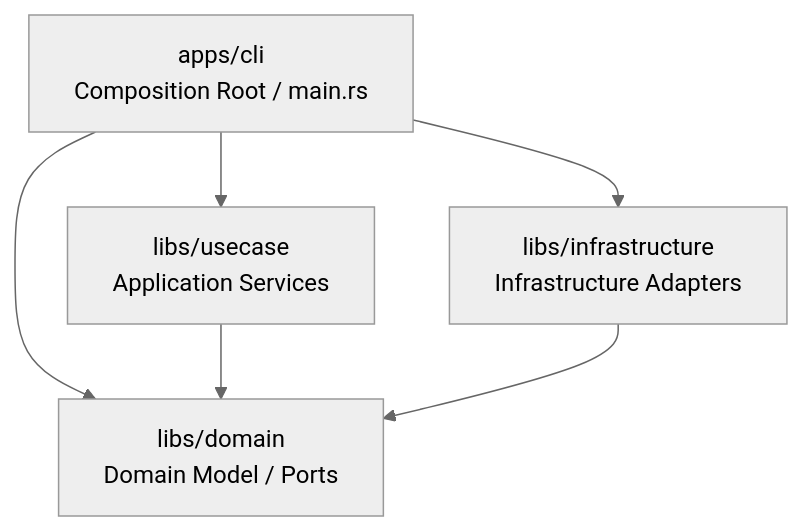
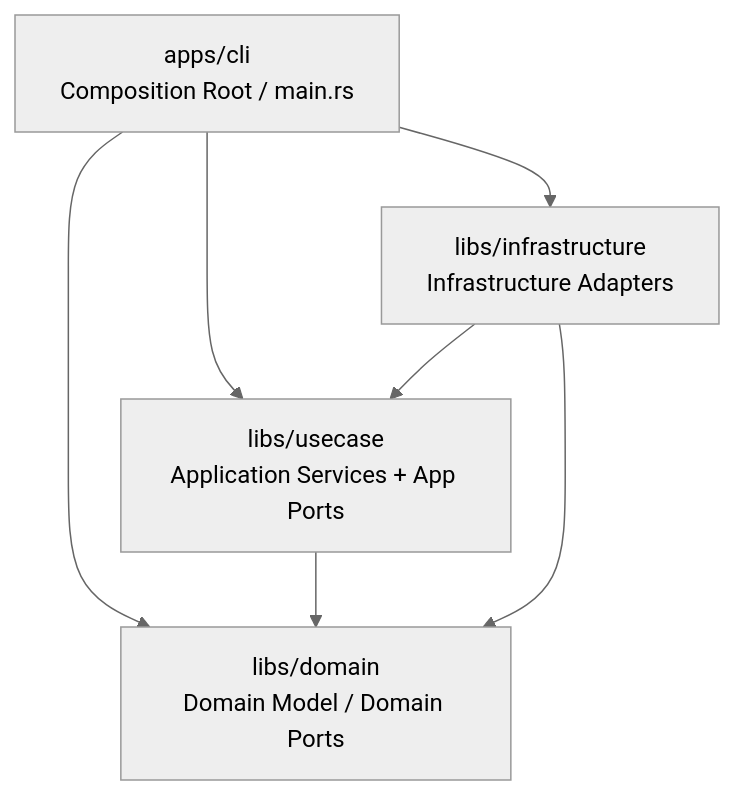
One commit to Flip451/SoTOHE-core changed the first of 5 diagrams in .claude/docs/DESIGN.md. Above: the diagram before and after it, drawn with Mermaid (neutral theme). The commit also changed 8 other files, not shown here.

Commit message:
plan: usecase-purity-ci (INF-15) planning artifacts + hexagonal architecture convention

````diff
--- a/.claude/docs/DESIGN.md
+++ b/.claude/docs/DESIGN.md
@@ -17,8 +17,9 @@
 ```mermaid
 flowchart TD
-    CLI[apps/cli<br>Composition Root / main.rs] --> Usecase[libs/usecase<br>Application Services]
+    CLI[apps/cli<br>Composition Root / main.rs] --> Usecase[libs/usecase<br>Application Services + App Ports]
     CLI --> Infra[libs/infrastructure<br>Infrastructure Adapters]
-    CLI --> Domain[libs/domain<br>Domain Model / Ports]
+    CLI --> Domain[libs/domain<br>Domain Model / Domain Ports]
     Usecase --> Domain
     Infra --> Domain
+    Infra --> Usecase
 ```
````
